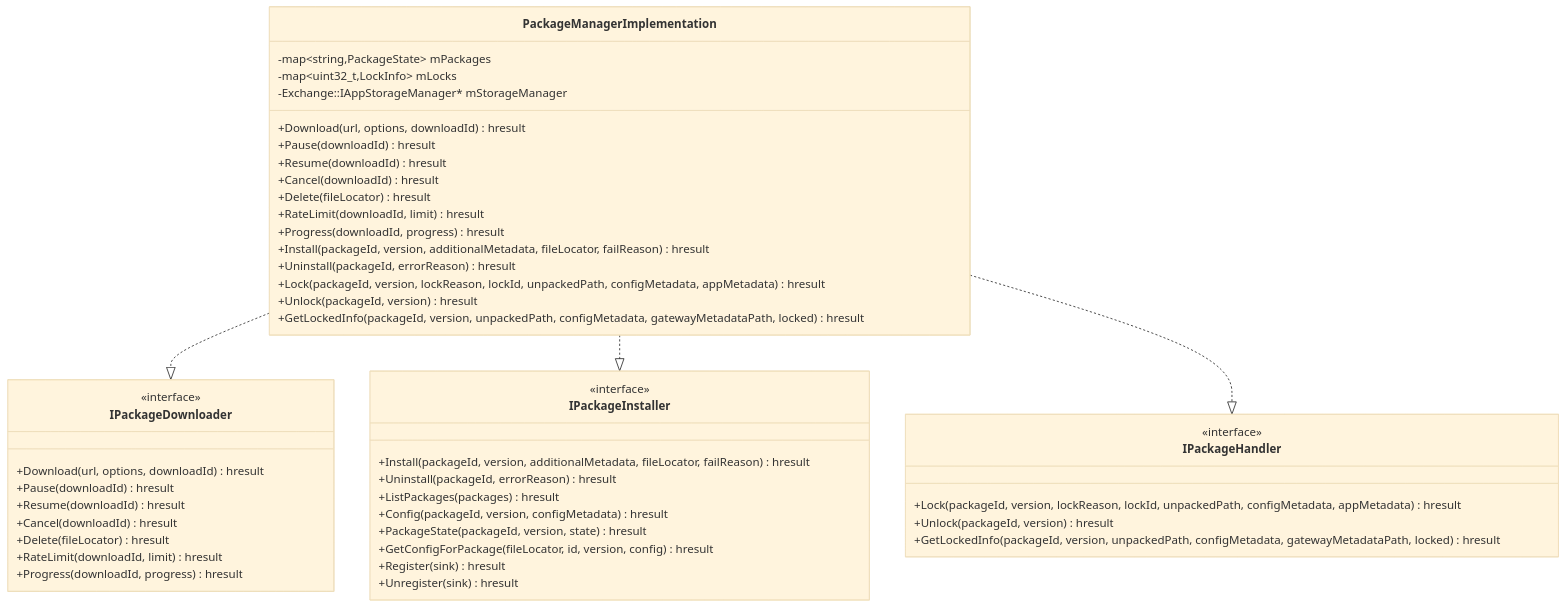
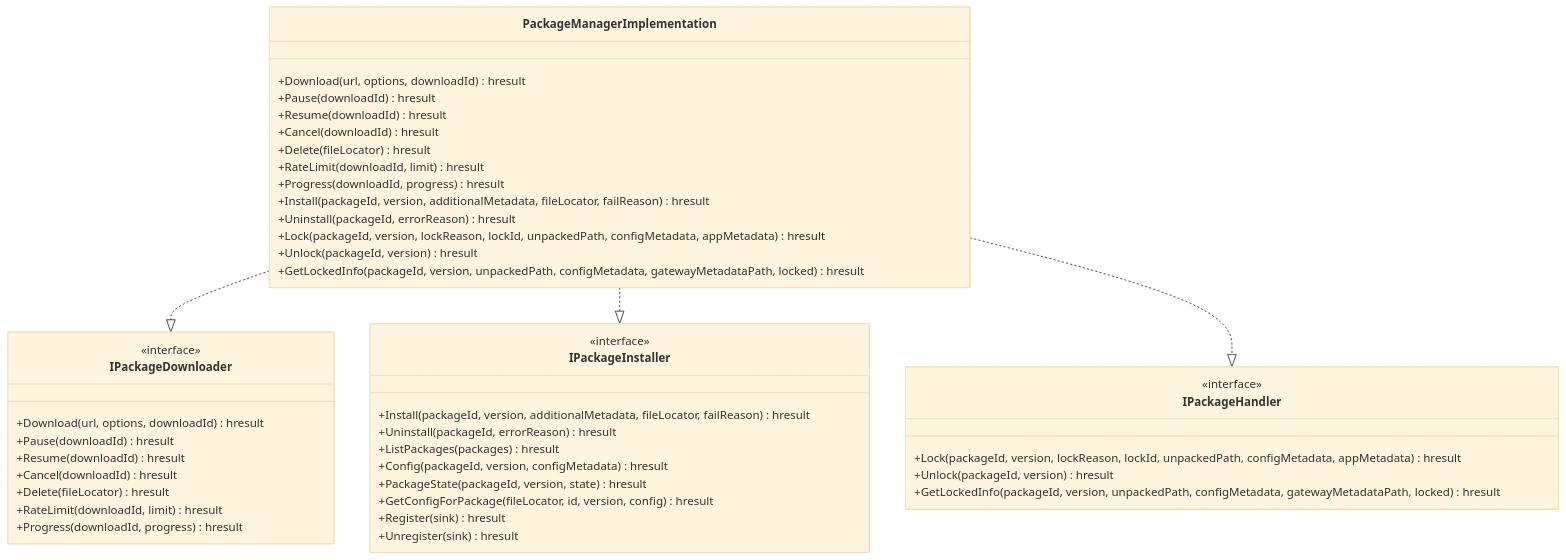
The second of 5 diagrams in PackageManager/PackageManager.md (rdkcentral/entservices-appmanagers), drawn with Mermaid (base theme) before and after one commit. The commit also changed other lines of this file and 3 other files, not shown here.

````diff
--- a/PackageManager/PackageManager.md
+++ b/PackageManager/PackageManager.md
@@ -59,54 +59,51 @@
 ```mermaid
 classDiagram
     class PackageManagerImplementation {
-        -map~string,PackageState~ mPackages
-        -map~uint32_t,LockInfo~ mLocks
-        -Exchange::IAppStorageManager* mStorageManager
         +Download(url, options, downloadId) hresult
         +Pause(downloadId) hresult
         +Resume(downloadId) hresult
         +Cancel(downloadId) hresult
         +Delete(fileLocator) hresult
         +RateLimit(downloadId, limit) hresult
         +Progress(downloadId, progress) hresult
         +Install(packageId, version, additionalMetadata, fileLocator, failReason) hresult
         +Uninstall(packageId, errorReason) hresult
         +Lock(packageId, version, lockReason, lockId, unpackedPath, configMetadata, appMetadata) hresult
         +Unlock(packageId, version) hresult
         +GetLockedInfo(packageId, version, unpackedPath, configMetadata, gatewayMetadataPath, locked) hresult
     }
 
     class IPackageDownloader {
         <<interface>>
         +Download(url, options, downloadId) hresult
         +Pause(downloadId) hresult
         +Resume(downloadId) hresult
         +Cancel(downloadId) hresult
         +Delete(fileLocator) hresult
         +RateLimit(downloadId, limit) hresult
         +Progress(downloadId, progress) hresult
     }
 
     class IPackageInstaller {
         <<interface>>
         +Install(packageId, version, additionalMetadata, fileLocator, failReason) hresult
         +Uninstall(packageId, errorReason) hresult
         +ListPackages(packages) hresult
         +Config(packageId, version, configMetadata) hresult
         +PackageState(packageId, version, state) hresult
         +GetConfigForPackage(fileLocator, id, version, config) hresult
         +Register(sink) hresult
         +Unregister(sink) hresult
     }
 
     class IPackageHandler {
         <<interface>>
         +Lock(packageId, version, lockReason, lockId, unpackedPath, configMetadata, appMetadata) hresult
         +Unlock(packageId, version) hresult
         +GetLockedInfo(packageId, version, unpackedPath, configMetadata, gatewayMetadataPath, locked) hresult
     }
 
     PackageManagerImplementation ..|> IPackageDownloader
     PackageManagerImplementation ..|> IPackageInstaller
     PackageManagerImplementation ..|> IPackageHandler
 ```
````
